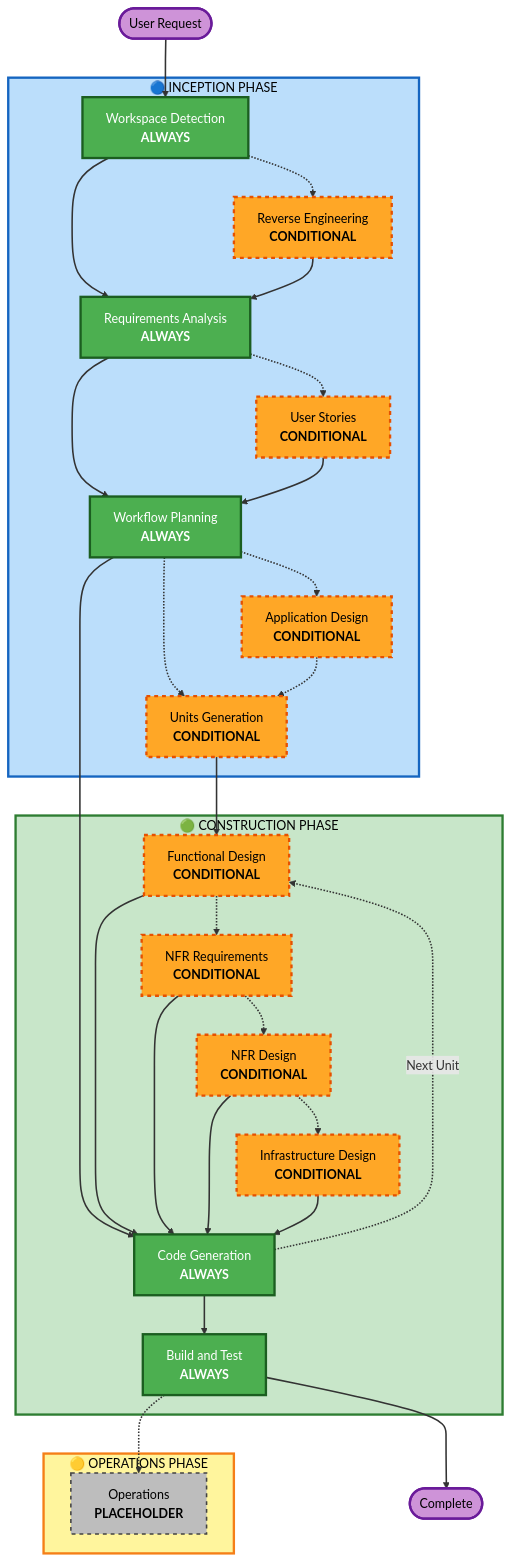
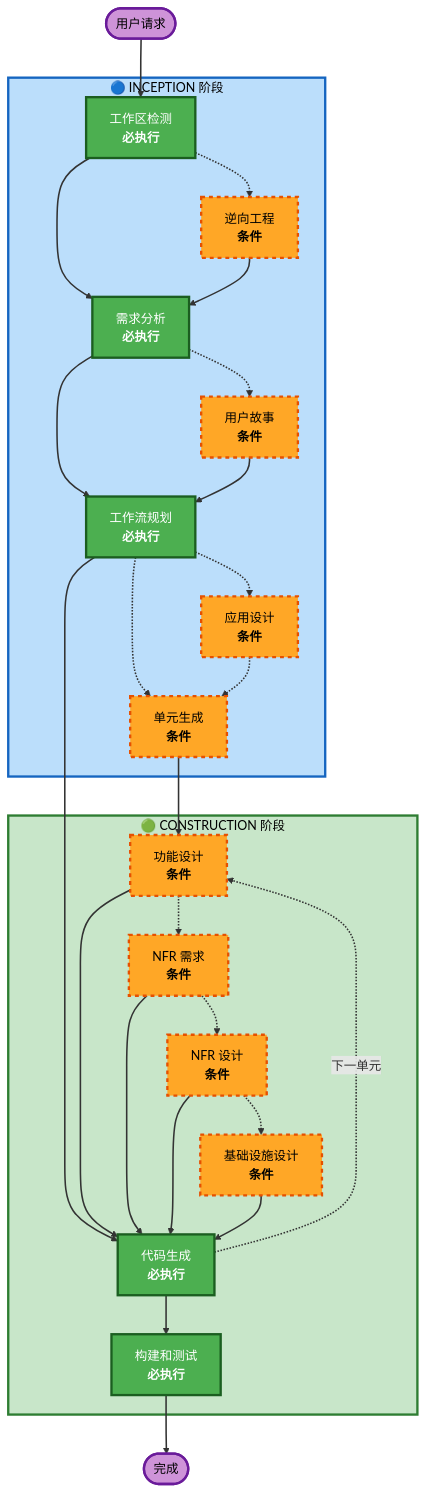
The diagram in steering/common-process-overview.md (bluenesscrab/loeyae-aidlc), drawn with Mermaid before and after one commit. The commit also changed other lines of this file and 33 other files, not shown here.

````diff
--- a/steering/common-process-overview.md
+++ b/steering/common-process-overview.md
@@ -33,78 +31,69 @@
 ```mermaid
 flowchart TD
-    Start(["User Request"])
+    Start(["用户请求"])
     
-    subgraph INCEPTION["🔵 INCEPTION PHASE"]
-        WD["Workspace Detection<br/><b>ALWAYS</b>"]
-        RE["Reverse Engineering<br/><b>CONDITIONAL</b>"]
-        RA["Requirements Analysis<br/><b>ALWAYS</b>"]
-        Stories["User Stories<br/><b>CONDITIONAL</b>"]
-        WP["Workflow Planning<br/><b>ALWAYS</b>"]
-        AppDesign["Application Design<br/><b>CONDITIONAL</b>"]
-        UnitsG["Units Generation<br/><b>CONDITIONAL</b>"]
+    subgraph INCEPTION["🔵 INCEPTION 阶段"]
+        WD["工作区检测<br/><b>必执行</b>"]
+        RE["逆向工程<br/><b>条件</b>"]
+        RA["需求分析<br/><b>必执行</b>"]
+        Stories["用户故事<br/><b>条件</b>"]
+        WP["工作流规划<br/><b>必执行</b>"]
+        AppDesign["应用设计<br/><b>条件</b>"]
+        UnitsG["单元生成<br/><b>条件</b>"]
     end
     
-    subgraph CONSTRUCTION["🟢 CONSTRUCTION PHASE"]
-        FD["Functional Design<br/><b>CONDITIONAL</b>"]
-        NFRA["NFR Requirements<br/><b>CONDITIONAL</b>"]
-        NFRD["NFR Design<br/><b>CONDITIONAL</b>"]
-        ID["Infrastructure Design<br/><b>CONDITIONAL</b>"]
-        CG["Code Generation<br/><b>ALWAYS</b>"]
-        BT["Build and Test<br/><b>ALWAYS</b>"]
-    end
-    
-    subgraph OPERATIONS["🟡 OPERATIONS PHASE"]
-        OPS["Operations<br/><b>PLACEHOLDER</b>"]
+    subgraph CONSTRUCTION["🟢 CONSTRUCTION 阶段"]
+        FD["功能设计<br/><b>条件</b>"]
+        NFRA["NFR 需求<br/><b>条件</b>"]
+        NFRD["NFR 设计<br/><b>条件</b>"]
+        ID["基础设施设计<br/><b>条件</b>"]
+        CG["代码生成<br/><b>必执行</b>"]
+        BT["构建和测试<br/><b>必执行</b>"]
     end
     
     Start --> WD
     WD -.-> RE
     WD --> RA
     RE --> RA
     
     RA -.-> Stories
     RA --> WP
     Stories --> WP
     
     WP -.-> AppDesign
     WP -.-> UnitsG
     AppDesign -.-> UnitsG
     UnitsG --> FD
     FD -.-> NFRA
     NFRA -.-> NFRD
     NFRD -.-> ID
     
     WP --> CG
     FD --> CG
     NFRA --> CG
     NFRD --> CG
     ID --> CG
-    CG -.->|Next Unit| FD
+    CG -.->|下一单元| FD
     CG --> BT
-    BT -.-> OPS
-    BT --> End(["Complete"])
+    BT --> End(["完成"])
     
     style WD fill:#4CAF50,stroke:#1B5E20,stroke-width:3px,color:#fff
     style RA fill:#4CAF50,stroke:#1B5E20,stroke-width:3px,color:#fff
     style WP fill:#4CAF50,stroke:#1B5E20,stroke-width:3px,color:#fff
-
     style CG fill:#4CAF50,stroke:#1B5E20,stroke-width:3px,color:#fff
     style BT fill:#4CAF50,stroke:#1B5E20,stroke-width:3px,color:#fff
-    style OPS fill:#BDBDBD,stroke:#424242,stroke-width:2px,stroke-dasharray: 5 5,color:#000
     style RE fill:#FFA726,stroke:#E65100,stroke-width:3px,stroke-dasharray: 5 5,color:#000
     style Stories fill:#FFA726,stroke:#E65100,stroke-width:3px,stroke-dasharray: 5 5,color:#000
     style AppDesign fill:#FFA726,stroke:#E65100,stroke-width:3px,stroke-dasharray: 5 5,color:#000
-
     style UnitsG fill:#FFA726,stroke:#E65100,stroke-width:3px,stroke-dasharray: 5 5,color:#000
     style FD fill:#FFA726,stroke:#E65100,stroke-width:3px,stroke-dasharray: 5 5,color:#000
     style NFRA fill:#FFA726,stroke:#E65100,stroke-width:3px,stroke-dasharray: 5 5,color:#000
     style NFRD fill:#FFA726,stroke:#E65100,stroke-width:3px,stroke-dasharray: 5 5,color:#000
     style ID fill:#FFA726,stroke:#E65100,stroke-width:3px,stroke-dasharray: 5 5,color:#000
-    style INCEPTION fill:#BBDEFB,stroke:#1565C0,stroke-width:3px, color:#000
-    style CONSTRUCTION fill:#C8E6C9,stroke:#2E7D32,stroke-width:3px, color:#000
-    style OPERATIONS fill:#FFF59D,stroke:#F57F17,stroke-width:3px, color:#000
+    style INCEPTION fill:#BBDEFB,stroke:#1565C0,stroke-width:3px,color:#000
+    style CONSTRUCTION fill:#C8E6C9,stroke:#2E7D32,stroke-width:3px,color:#000
     style Start fill:#CE93D8,stroke:#6A1B9A,stroke-width:3px,color:#000
     style End fill:#CE93D8,stroke:#6A1B9A,stroke-width:3px,color:#000
     
     linkStyle default stroke:#333,stroke-width:2px
 ```
````
